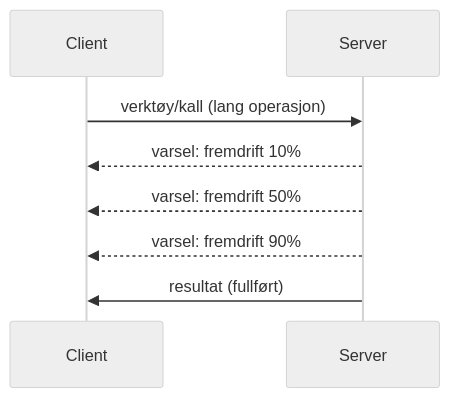
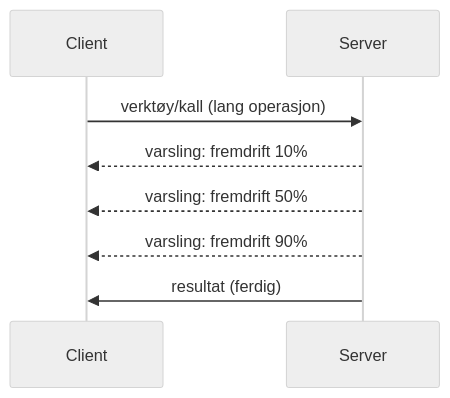
Before and after one commit to HIDORAKAI002/ai-workspace-archive: the diagram in mcp_ecosystem__model_context_protocol/mcp_learning_resources/mcp-for-beginners/translations/no/05-AdvancedTopics/mcp-protocol-features/README.md, drawn with Mermaid (neutral theme). The commit also changed other lines of this file and 1046 other files, not shown here.

````diff
--- a/mcp_ecosystem__model_context_protocol/mcp_learning_resources/mcp-for-beginners/translations/no/05-AdvancedTopics/mcp-protocol-features/README.md
+++ b/mcp_ecosystem__model_context_protocol/mcp_learning_resources/mcp-for-beginners/translations/no/05-AdvancedTopics/mcp-protocol-features/README.md
@@ -22,11 +24,11 @@
 ```mermaid
 sequenceDiagram
     participant Client
     participant Server
     
     Client->>Server: verktøy/kall (lang operasjon)
-    Server-->>Client: varsel: fremdrift 10%
-    Server-->>Client: varsel: fremdrift 50%
-    Server-->>Client: varsel: fremdrift 90%
-    Server->>Client: resultat (fullført)
+    Server-->>Client: varsling: fremdrift 10%
+    Server-->>Client: varsling: fremdrift 50%
+    Server-->>Client: varsling: fremdrift 90%
+    Server->>Client: resultat (ferdig)
 ```
````
